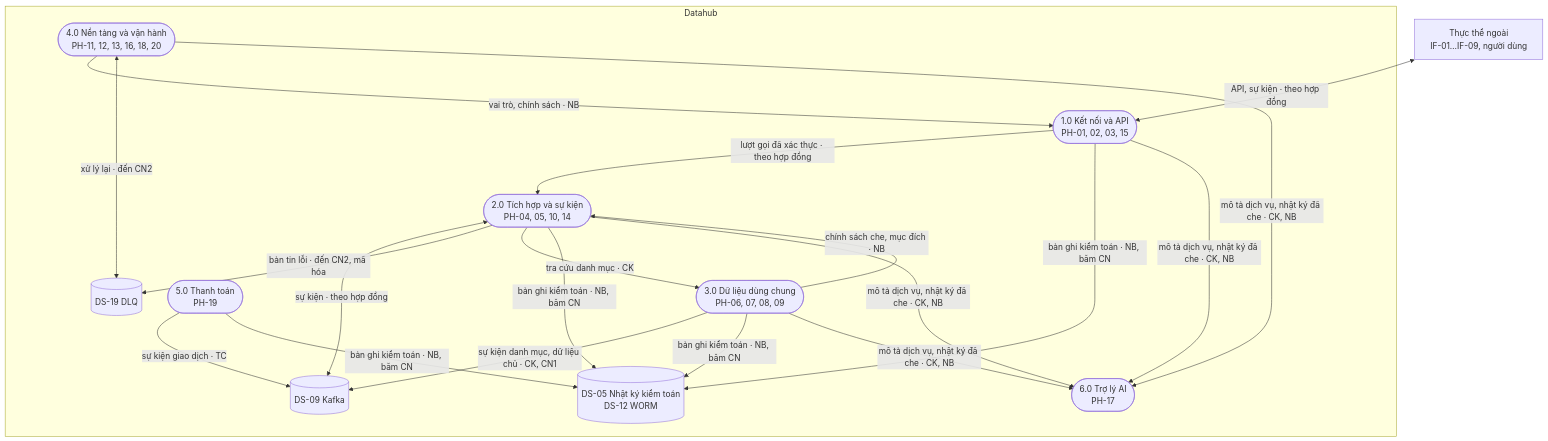
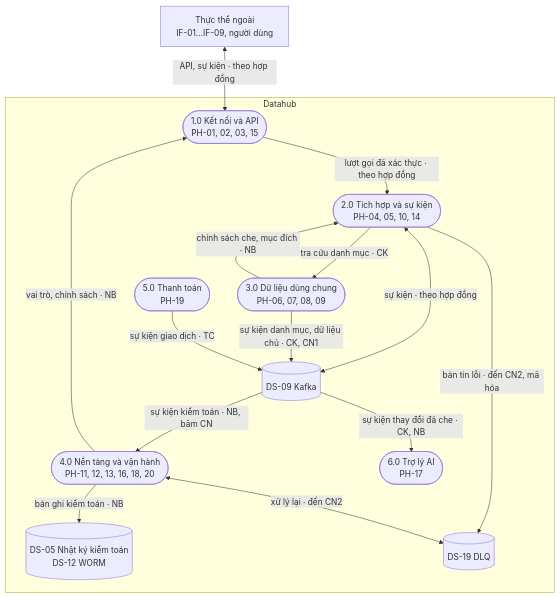
The third of 17 diagrams in datahub-docs/02-yeu-cau/D02-06-dfd-phan-loai-du-lieu.md (caprocute/DATAHUB), drawn with Mermaid before and after one commit. The commit also changed other lines of this file and 2 other files, not shown here.

````diff
--- a/datahub-docs/02-yeu-cau/D02-06-dfd-phan-loai-du-lieu.md
+++ b/datahub-docs/02-yeu-cau/D02-06-dfd-phan-loai-du-lieu.md
@@ -265,27 +265,28 @@
 ```{.mermaid caption="DFD mức 1 tổng thể: sáu miền, kho dùng chung và nhóm dữ liệu trên luồng"}
 flowchart TB
   EXT["Thực thể ngoài<br/>IF-01…IF-09, người dùng"]
   subgraph DH[Datahub]
     P1(["1.0 Kết nối và API<br/>PH-01, 02, 03, 15"])
     P2(["2.0 Tích hợp và sự kiện<br/>PH-04, 05, 10, 14"])
     P3(["3.0 Dữ liệu dùng chung<br/>PH-06, 07, 08, 09"])
     P4(["4.0 Nền tảng và vận hành<br/>PH-11, 12, 13, 16, 18, 20"])
     P5(["5.0 Thanh toán<br/>PH-19"])
     P6(["6.0 Trợ lý AI<br/>PH-17"])
     K[("DS-09 Kafka")]
     A[("DS-05 Nhật ký kiểm toán<br/>DS-12 WORM")]
     D[("DS-19 DLQ")]
   end
   EXT <-->|"API, sự kiện · theo hợp đồng"| P1
   P1 -->|"lượt gọi đã xác thực · theo hợp đồng"| P2
   P2 <-->|"sự kiện · theo hợp đồng"| K
   P2 -->|"bản tin lỗi · đến CN2, mã hóa"| D
   P3 -->|"sự kiện danh mục, dữ liệu chủ · CK, CN1"| K
   P5 -->|"sự kiện giao dịch · TC"| K
   P2 -->|"tra cứu danh mục · CK"| P3
   P3 -->|"chính sách che, mục đích · NB"| P2
   P4 -->|"vai trò, chính sách · NB"| P1
-  P1 & P2 & P3 & P5 -->|"bản ghi kiểm toán · NB, băm CN"| A
+  K -->|"sự kiện kiểm toán · NB, băm CN"| P4
+  P4 -->|"bản ghi kiểm toán · NB"| A
   P4 <-->|"xử lý lại · đến CN2"| D
-  P1 & P2 & P3 & P4 -->|"mô tả dịch vụ, nhật ký đã che · CK, NB"| P6
+  K -->|"sự kiện thay đổi đã che · CK, NB"| P6
 ```
````
